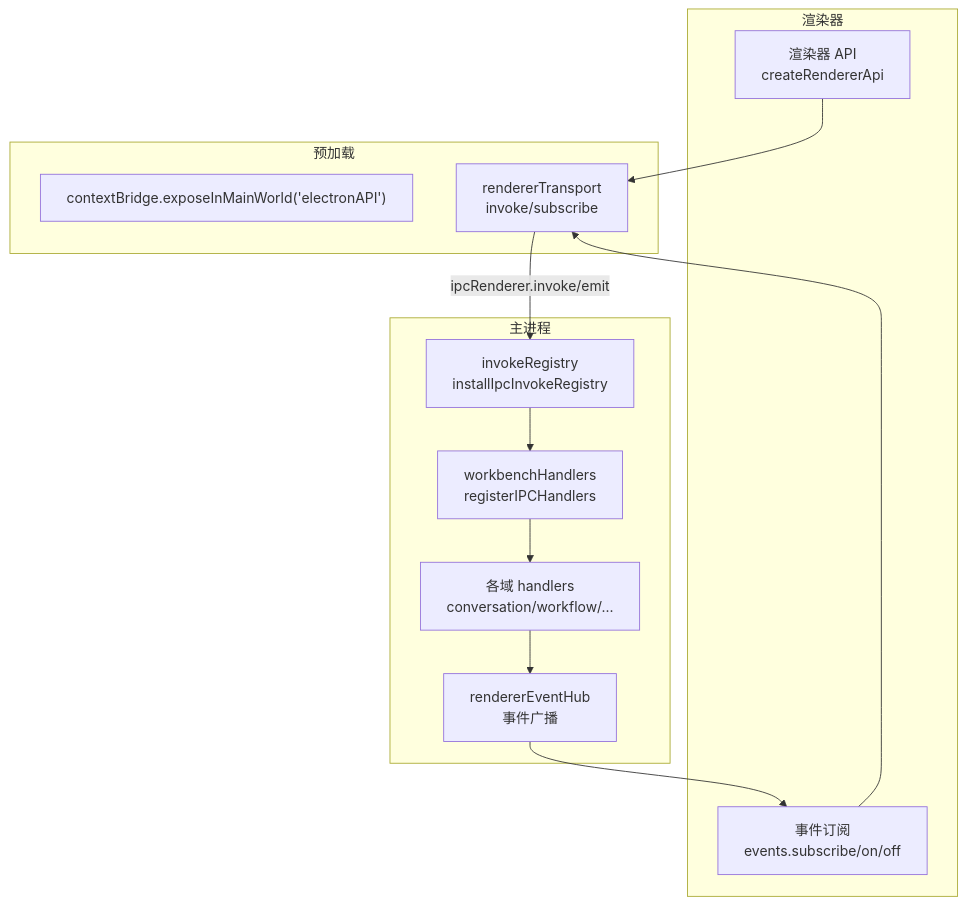
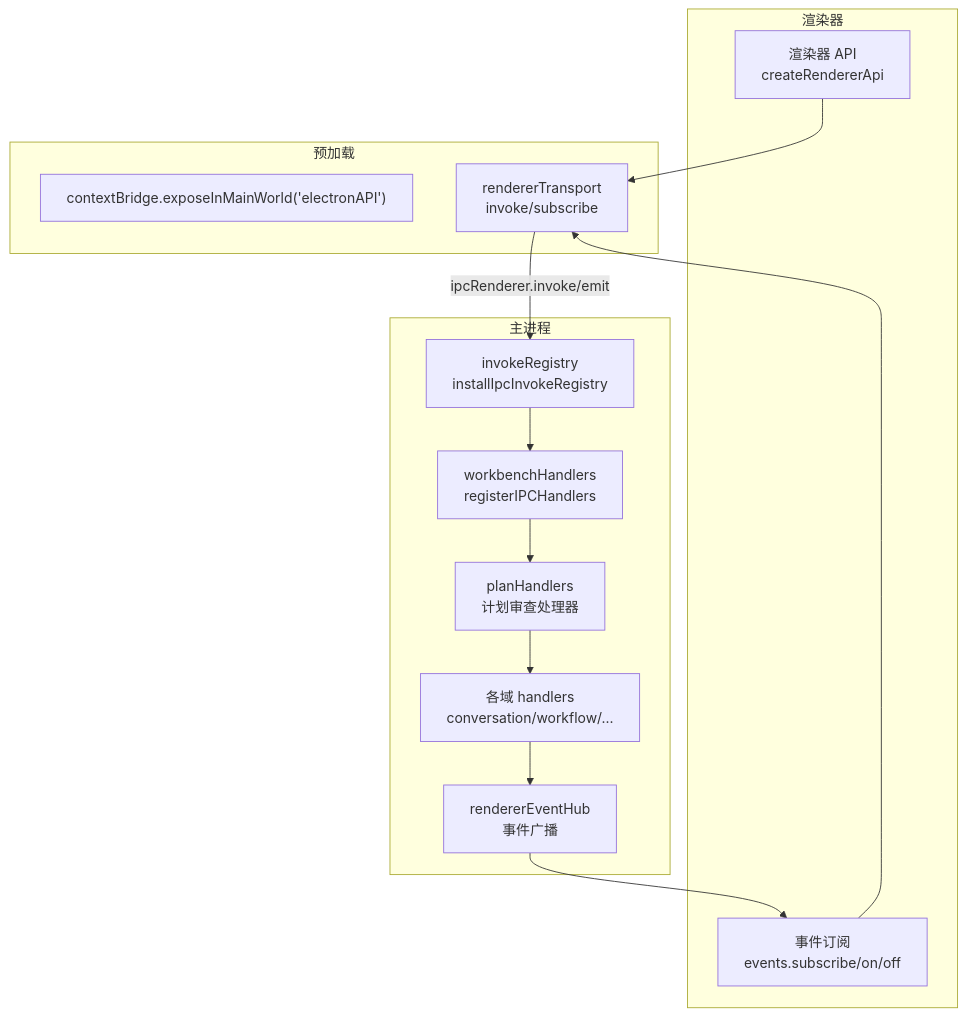
Before and after one commit to haolange/RDC-Agent: the first of 9 diagrams in .qoder/repowiki/zh/content/架构设计/渲染器架构/IPC 通信.md, drawn with Mermaid. The commit also changed other lines of this file and 208 other files, not shown here.

````diff
--- a/.qoder/repowiki/zh/content/架构设计/渲染器架构/IPC 通信.md
+++ b/.qoder/repowiki/zh/content/架构设计/渲染器架构/IPC 通信.md
@@ -38,24 +51,26 @@
 ```mermaid
 graph TB
 subgraph "渲染器"
 R_API["渲染器 API<br/>createRendererApi"]
 R_EVT["事件订阅<br/>events.subscribe/on/off"]
 end
 subgraph "预加载"
 PL_BRIDGE["contextBridge.exposeInMainWorld('electronAPI')"]
 TRANSPORT["rendererTransport<br/>invoke/subscribe"]
 end
 subgraph "主进程"
 REG["invokeRegistry<br/>installIpcInvokeRegistry"]
 WBH["workbenchHandlers<br/>registerIPCHandlers"]
+PLAN_H["planHandlers<br/>计划审查处理器"]
 HND["各域 handlers<br/>conversation/workflow/..."]
 EVT_HUB["rendererEventHub<br/>事件广播"]
 end
 R_API --> TRANSPORT
 R_EVT --> TRANSPORT
 TRANSPORT -- "ipcRenderer.invoke/emit" --> REG
 REG --> WBH
-WBH --> HND
+WBH --> PLAN_H
+PLAN_H --> HND
 HND --> EVT_HUB
 EVT_HUB --> R_EVT
 ```
````
